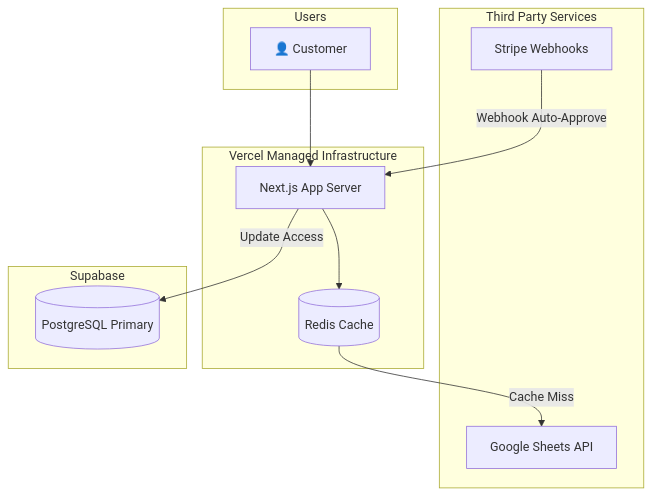
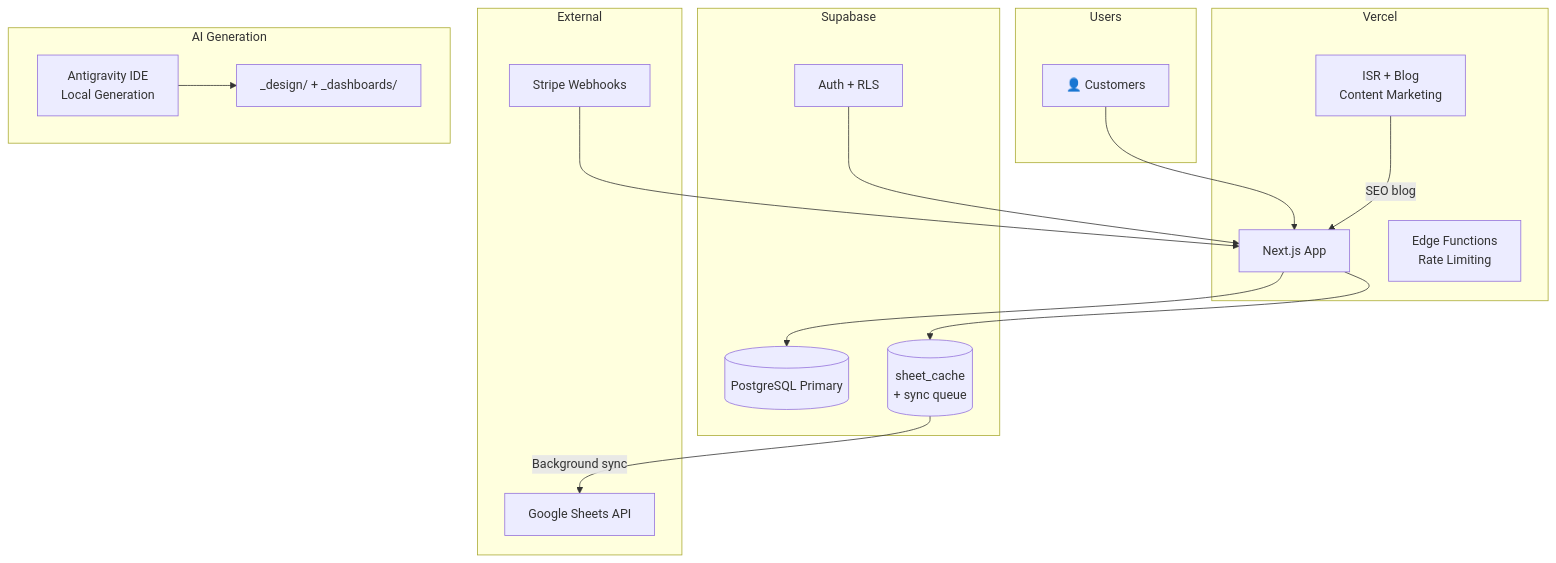
The fourth of 6 diagrams in projects/dashboard-hub/architecture.md (baoln1412/project-planning), drawn with Mermaid before and after one commit. The commit also changed other lines of this file and 30 other files, not shown here.

````diff
--- a/projects/dashboard-hub/architecture.md
+++ b/projects/dashboard-hub/architecture.md
@@ -66,27 +113,36 @@
 ```mermaid
 graph TB
     subgraph "Users"
-        User[👤 Customer]
+        User["👤 Customers"]
     end
 
-    subgraph "Vercel Managed Infrastructure"
-        Next[Next.js App Server]
-        KV[(Redis Cache)]
-    end
-
-    subgraph "Third Party Services"
-        Stripe[Stripe Webhooks]
-        Google[Google Sheets API]
+    subgraph "Vercel"
+        Next["Next.js App"]
+        Edge["Edge Functions<br>Rate Limiting"]
+        ISR2["ISR + Blog<br>Content Marketing"]
     end
 
     subgraph "Supabase"
-        DB[(PostgreSQL Primary)]
+        DB[("PostgreSQL Primary")]
+        Cache2[("sheet_cache<br>+ sync queue")]
+        Auth2["Auth + RLS"]
+    end
+
+    subgraph "External"
+        Google["Google Sheets API"]
+        Stripe2["Stripe Webhooks"]
+    end
+
+    subgraph "AI Generation"
+        IDE["Antigravity IDE<br>Local Generation"]
+        Design["_design/ + _dashboards/"]
     end
 
     User --> Next
-    Next --> KV
-    KV -->|Cache Miss| Google
-    
-    Stripe -->|Webhook Auto-Approve| Next
-    Next -->|Update Access| DB
+    Next --> Cache2
+    Cache2 -->|"Background sync"| Google
+    Stripe2 --> Next --> DB
+    Auth2 --> Next
+    IDE --> Design
+    ISR2 -->|"SEO blog"| Next
 ```
````
